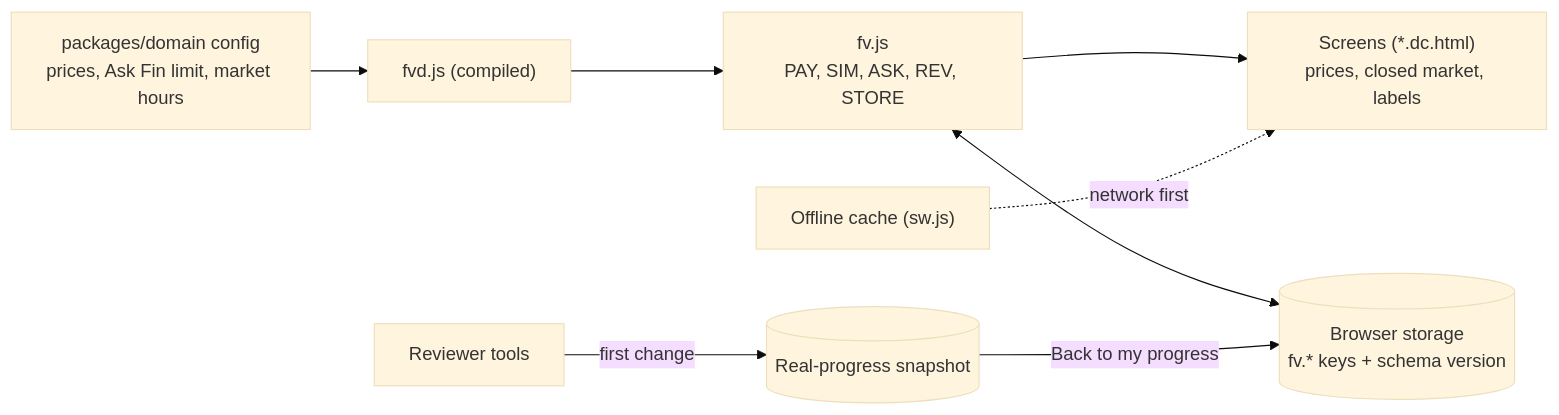
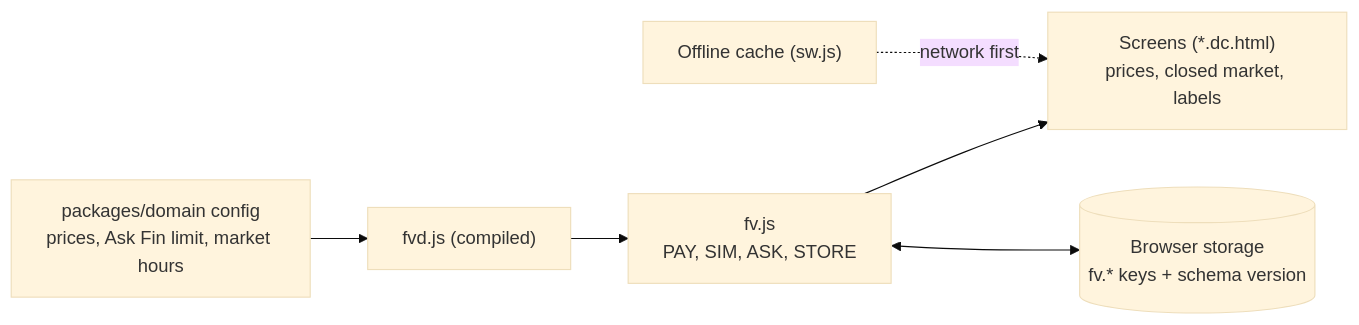
One commit to finvora5-dev/Finvora changed the diagram in design_draft.md. Above: the diagram before and after it, drawn with Mermaid (base theme). The commit also changed other lines of this file and 1 other file, not shown here.

Commit message:
D21: scrap reviewer code and demo copy; remove from Part 1 draft

````diff
--- a/design_draft.md
+++ b/design_draft.md
@@ -59,10 +55,8 @@
 ```mermaid
 flowchart LR
   CFG["packages/domain config<br/>prices, Ask Fin limit, market hours"] --> FVD["fvd.js (compiled)"]
-  FVD --> FV["fv.js<br/>PAY, SIM, ASK, REV, STORE"]
+  FVD --> FV["fv.js<br/>PAY, SIM, ASK, STORE"]
   FV --> BOARDS["Screens (*.dc.html)<br/>prices, closed market, labels"]
   FV <--> LS[("Browser storage<br/>fv.* keys + schema version")]
-  REV["Reviewer tools"] -->|first change| SNAP[("Real-progress snapshot")]
-  SNAP -->|Back to my progress| LS
   SW["Offline cache (sw.js)"] -. network first .-> BOARDS
 ```
````
